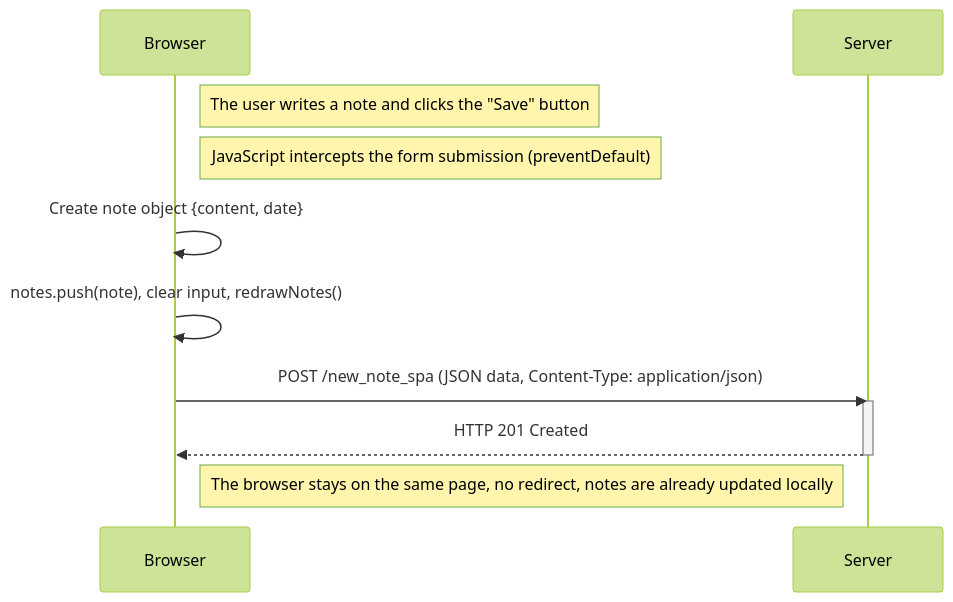
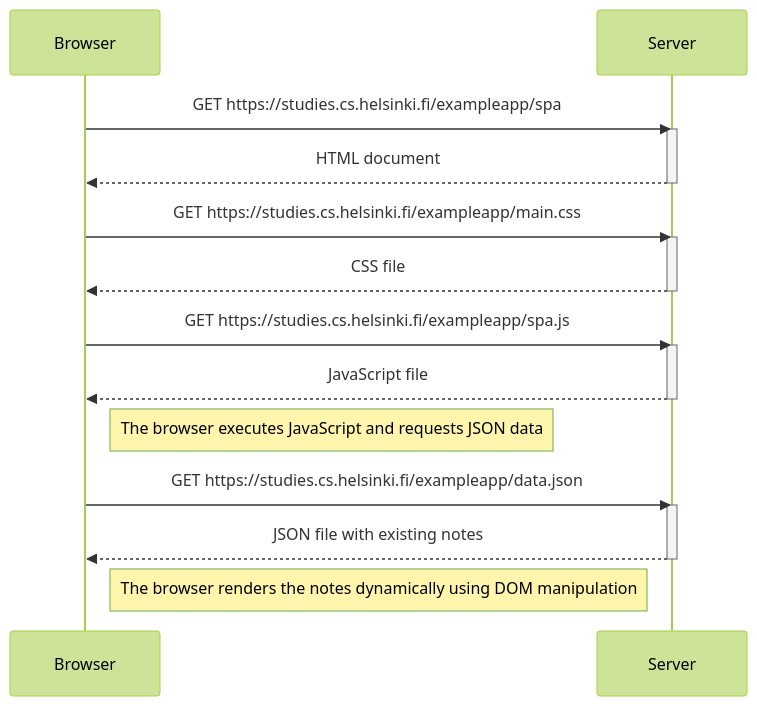
Before and after one commit to anahi-f/Fullstack-open: the diagram in part0/0.5.md, drawn with Mermaid (forest theme). The commit also changed other lines of this file and 1 other file, not shown here.

Commit message:
Ejercicio 0.6

````diff
--- a/part0/0.5.md
+++ b/part0/0.5.md
@@ -1,20 +1,30 @@
 ```mermaid
 sequenceDiagram
     participant browser as Browser
     participant server as Server
 
-    Note right of browser: The user writes a note and clicks the "Save" button
-
-    Note right of browser: JavaScript intercepts the form submission (preventDefault)
-
-    browser->>browser: Create note object {content, date}
-    browser->>browser: notes.push(note), clear input, redrawNotes()
-
-    browser->>server: POST /new_note_spa (JSON data, Content-Type: application/json)
+    browser->>server: GET https://studies.cs.helsinki.fi/exampleapp/spa
     activate server
-    server-->>browser: HTTP 201 Created
+    server-->>browser: HTML document
     deactivate server
 
-    Note right of browser: The browser stays on the same page, no redirect, notes are already updated locally
+    browser->>server: GET https://studies.cs.helsinki.fi/exampleapp/main.css
+    activate server
+    server-->>browser: CSS file
+    deactivate server
+
+    browser->>server: GET https://studies.cs.helsinki.fi/exampleapp/spa.js
+    activate server
+    server-->>browser: JavaScript file
+    deactivate server
+
+    Note right of browser: The browser executes JavaScript and requests JSON data
+
+    browser->>server: GET https://studies.cs.helsinki.fi/exampleapp/data.json
+    activate server
+    server-->>browser: JSON file with existing notes
+    deactivate server
+
+    Note right of browser: The browser renders the notes dynamically using DOM manipulation
 
 ```
````
